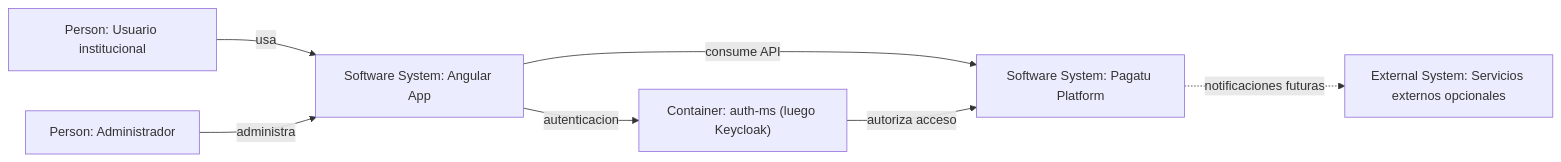
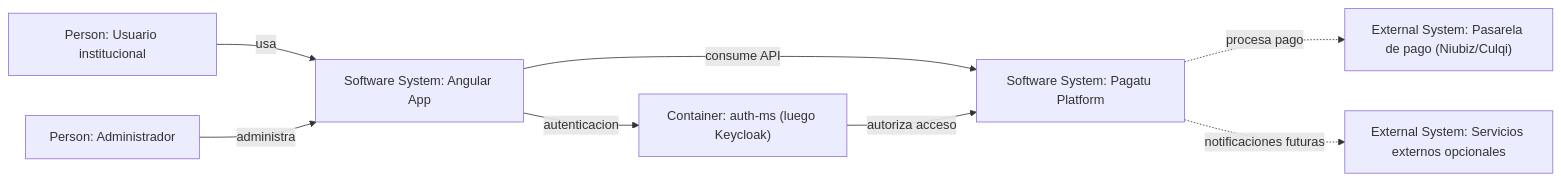
One commit to 262dist/pagatu changed the first of 5 diagrams in README.md. Above: the diagram before and after it, drawn with Mermaid. The commit also changed other lines of this file and 1 other file, not shown here.

````diff
--- a/README.md
+++ b/README.md
@@ -39,16 +40,18 @@
 ```mermaid
 flowchart LR
     usuario["Person: Usuario institucional"]
     admin["Person: Administrador"]
     angular["Software System: Angular App"]
     pagatu["Software System: Pagatu Platform"]
     auth["Container: auth-ms (luego Keycloak)"]
     correo["External System: Servicios externos opcionales"]
+    pasarela["External System: Pasarela de pago (Niubiz/Culqi)"]
 
     usuario -->|usa| angular
     admin -->|administra| angular
     angular -->|consume API| pagatu
     angular -->|autenticacion| auth
     auth -->|autoriza acceso| pagatu
+    pagatu -. procesa pago .-> pasarela
     pagatu -. notificaciones futuras .-> correo
 ```
````
